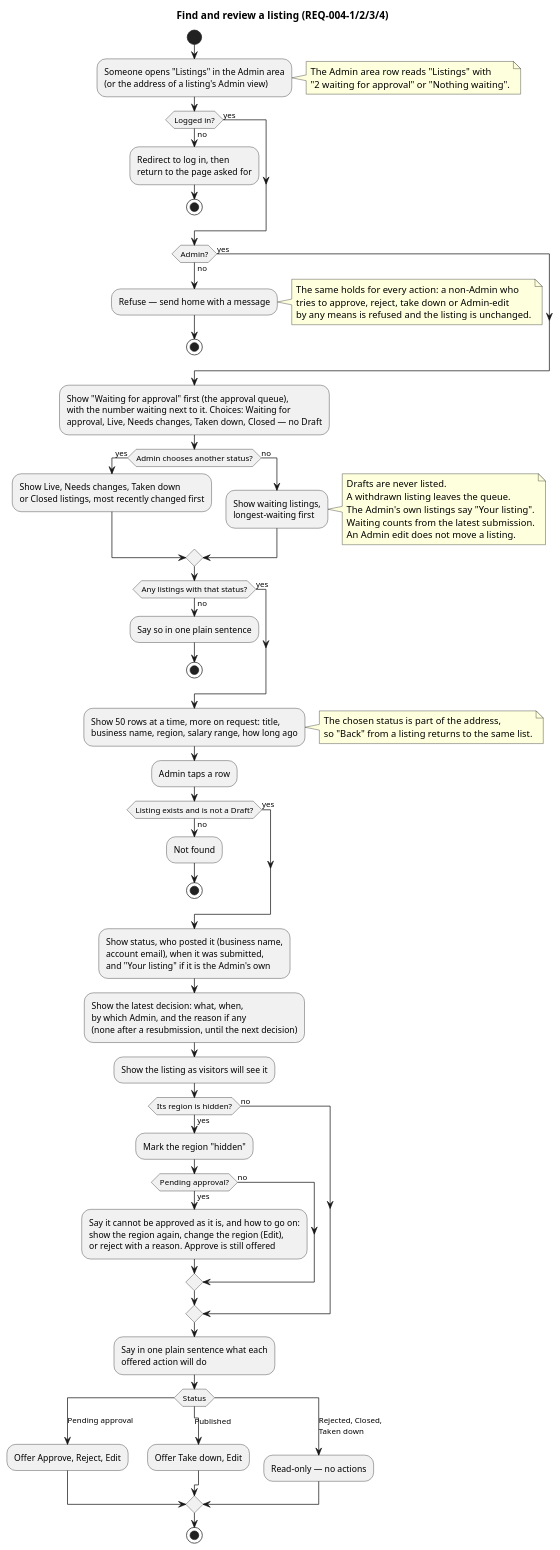
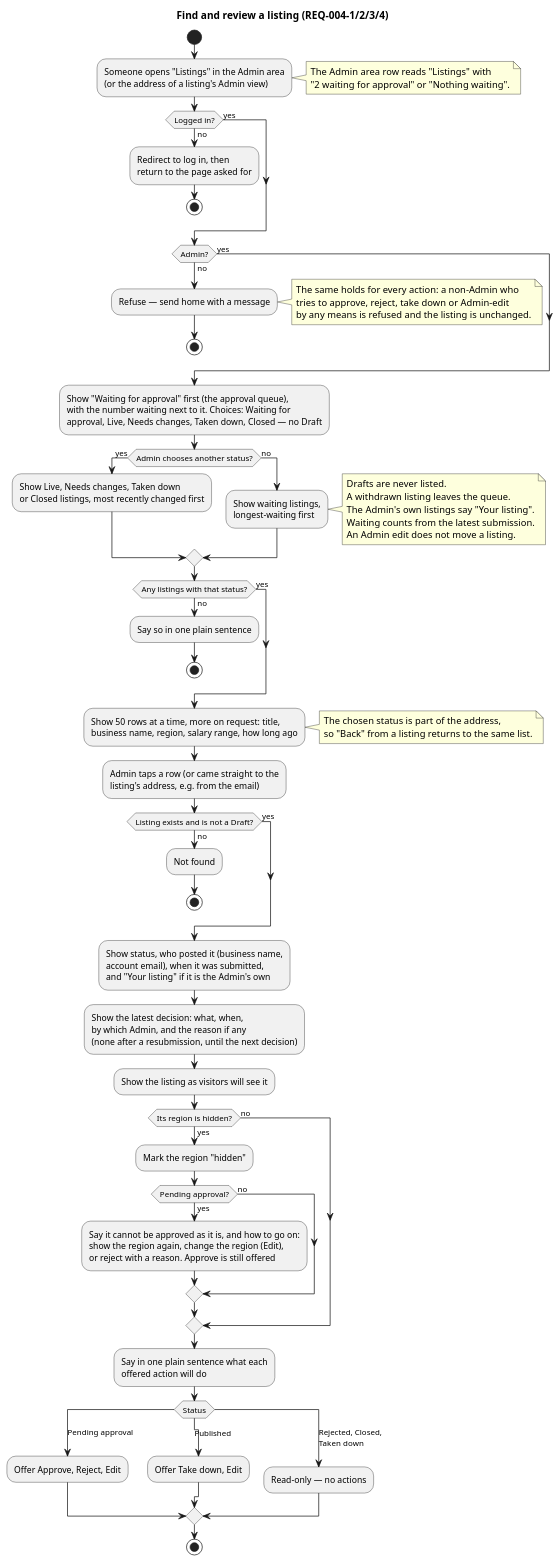
Before and after one commit to raseniero/jairojobs-elixir: the diagram in docs/specs/004-listings-admin-moderation/diagrams/activity-find-and-review.puml, drawn with PlantUML. The commit also changed 6 other files, not shown here.

Commit message:
docs(spec 004): align three diagrams with the requirements after a full pass

```diff
--- a/docs/specs/004-listings-admin-moderation/diagrams/activity-find-and-review.puml
+++ b/docs/specs/004-listings-admin-moderation/diagrams/activity-find-and-review.puml
@@ -1,90 +1,91 @@
 @startuml activity-find-and-review
 ' Spec 004 — who may moderate, the queue, listings by status, the Admin view (REQ-004-1, -2, -3, -4)
 title Find and review a listing (REQ-004-1/2/3/4)
 
 start
 :Someone opens "Listings" in the Admin area
 (or the address of a listing's Admin view);
 note right
   The Admin area row reads "Listings" with
   "2 waiting for approval" or "Nothing waiting".
 end note
 if (Logged in?) then (no)
   :Redirect to log in, then
   return to the page asked for;
   stop
 else (yes)
 endif
 if (Admin?) then (no)
   :Refuse — send home with a message;
   note right
     The same holds for every action: a non-Admin who
     tries to approve, reject, take down or Admin-edit
     by any means is refused and the listing is unchanged.
   end note
   stop
 else (yes)
 endif
 :Show "Waiting for approval" first (the approval queue),
 with the number waiting next to it. Choices: Waiting for
 approval, Live, Needs changes, Taken down, Closed — no Draft;
 if (Admin chooses another status?) then (yes)
   :Show Live, Needs changes, Taken down
   or Closed listings, most recently changed first;
 else (no)
   :Show waiting listings,
   longest-waiting first;
   note right
     Drafts are never listed.
     A withdrawn listing leaves the queue.
     The Admin's own listings say "Your listing".
     Waiting counts from the latest submission.
     An Admin edit does not move a listing.
   end note
 endif
 if (Any listings with that status?) then (no)
   :Say so in one plain sentence;
   stop
 else (yes)
 endif
 :Show 50 rows at a time, more on request: title,
 business name, region, salary range, how long ago;
 note right
   The chosen status is part of the address,
   so "Back" from a listing returns to the same list.
 end note
-:Admin taps a row;
+:Admin taps a row (or came straight to the
+listing's address, e.g. from the email);
 if (Listing exists and is not a Draft?) then (no)
   :Not found;
   stop
 else (yes)
 endif
 :Show status, who posted it (business name,
 account email), when it was submitted,
 and "Your listing" if it is the Admin's own;
 :Show the latest decision: what, when,
 by which Admin, and the reason if any
 (none after a resubmission, until the next decision);
 :Show the listing as visitors will see it;
 if (Its region is hidden?) then (yes)
   :Mark the region "hidden";
   if (Pending approval?) then (yes)
     :Say it cannot be approved as it is, and how to go on:
     show the region again, change the region (Edit),
     or reject with a reason. Approve is still offered;
   else (no)
   endif
 else (no)
 endif
 :Say in one plain sentence what each
 offered action will do;
 switch (Status)
 case (Pending approval)
   :Offer Approve, Reject, Edit;
 case (Published)
   :Offer Take down, Edit;
 case (Rejected, Closed,\nTaken down)
   :Read-only — no actions;
 endswitch
 stop
 @enduml
```
